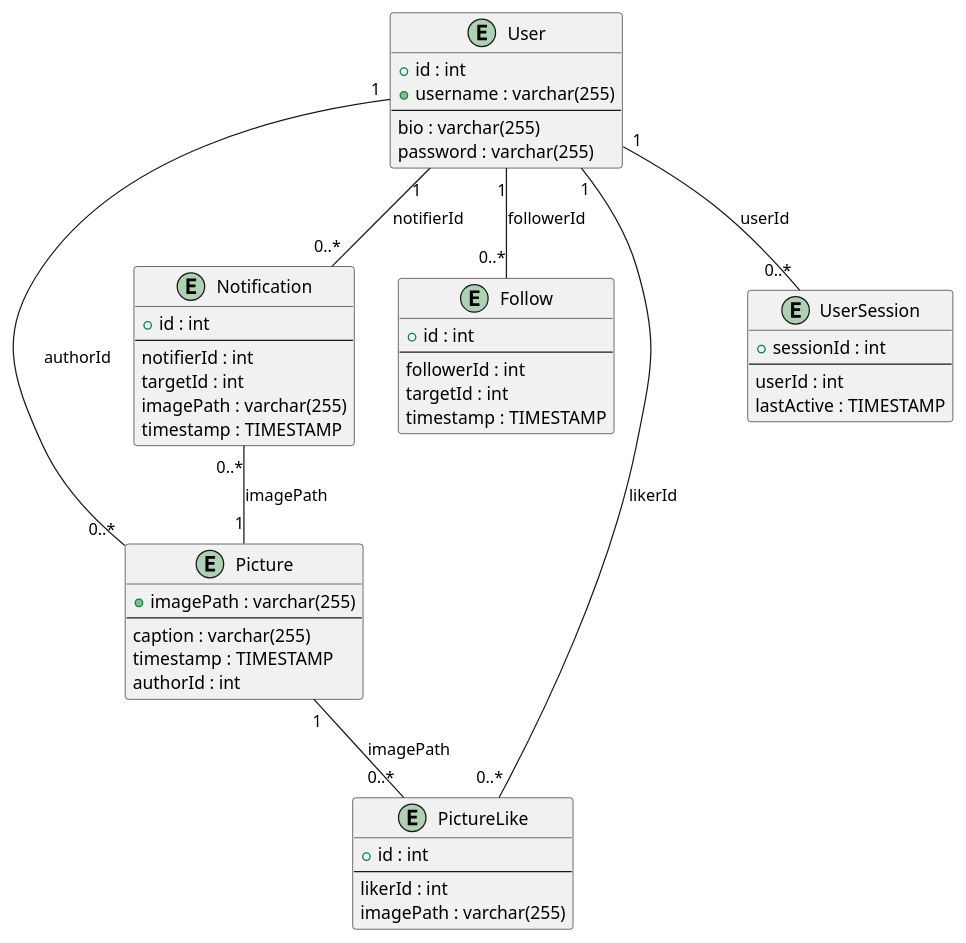
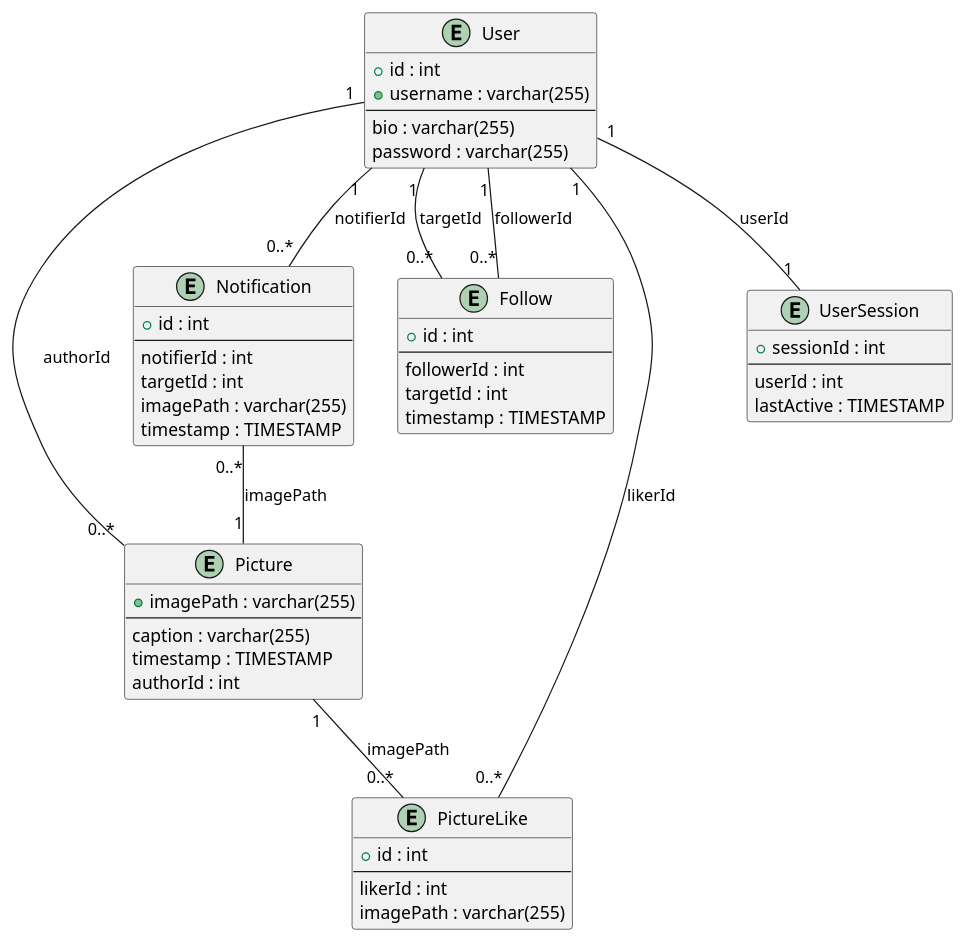
One commit to MaxGurbanli/Quackstagram changed the diagram in PUML/erd.puml. Above: the diagram before and after it, drawn with PlantUML.

Commit message:
Update ERD

```diff
--- a/PUML/erd.puml
+++ b/PUML/erd.puml
@@ -1,58 +1,59 @@
 @startuml QuackstagramERD
 
 entity "User" as user {
   + id : int
   + username : varchar(255)
   --
   bio : varchar(255)
   password : varchar(255)
 }
 
 entity "Picture" as picture {
   + imagePath : varchar(255)
   --
   caption : varchar(255)
   timestamp : TIMESTAMP
   authorId : int
 }
 
 entity "PictureLike" as picturelike {
   + id : int
   --
   likerId : int
   imagePath : varchar(255)
 }
 
 entity "Follow" as follow {
   + id : int
   --
   followerId : int
   targetId : int
   timestamp : TIMESTAMP
 }
 
 entity "Notification" as notification {
   + id : int
   --
   notifierId : int
   targetId : int
   imagePath : varchar(255)
   timestamp : TIMESTAMP
 }
 
 entity "UserSession" as usersession {
   + sessionId : int
   --
   userId : int
   lastActive : TIMESTAMP
 }
 
 user "1" -- "0..*" picture : "authorId"
 user "1" -- "0..*" picturelike : "likerId"
 user "1" -- "0..*" follow : "followerId"
+user "1" -- "0..*" follow : "targetId"
 user "1" -- "0..*" notification : "notifierId"
-user "1" -- "0..*" usersession : "userId"
+user "1" -- "1" usersession : "userId"
 notification "0..*" -- "1" picture : "imagePath"
 picture "1" -- "0..*" picturelike : "imagePath"
 
 @enduml
```
